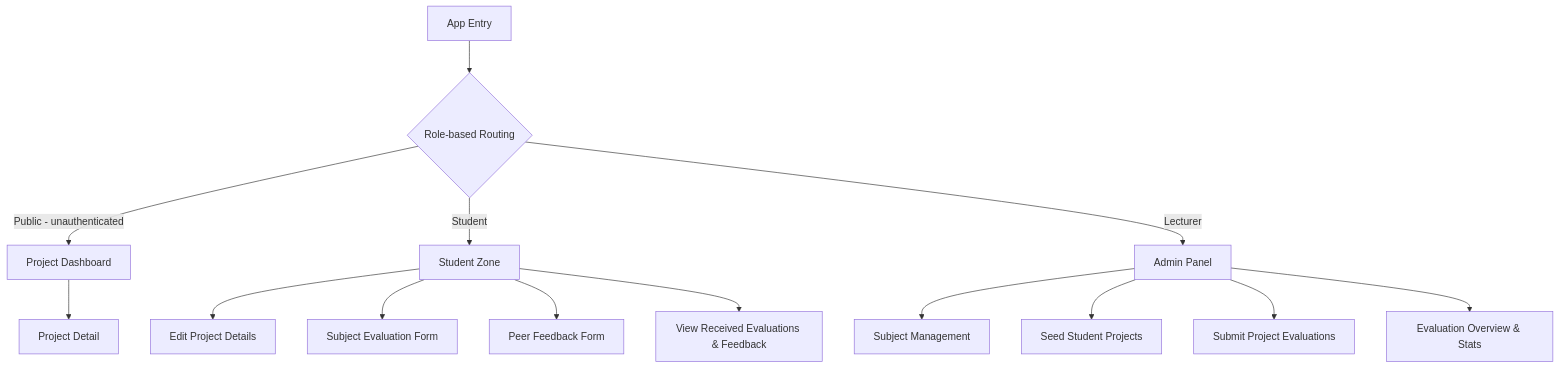
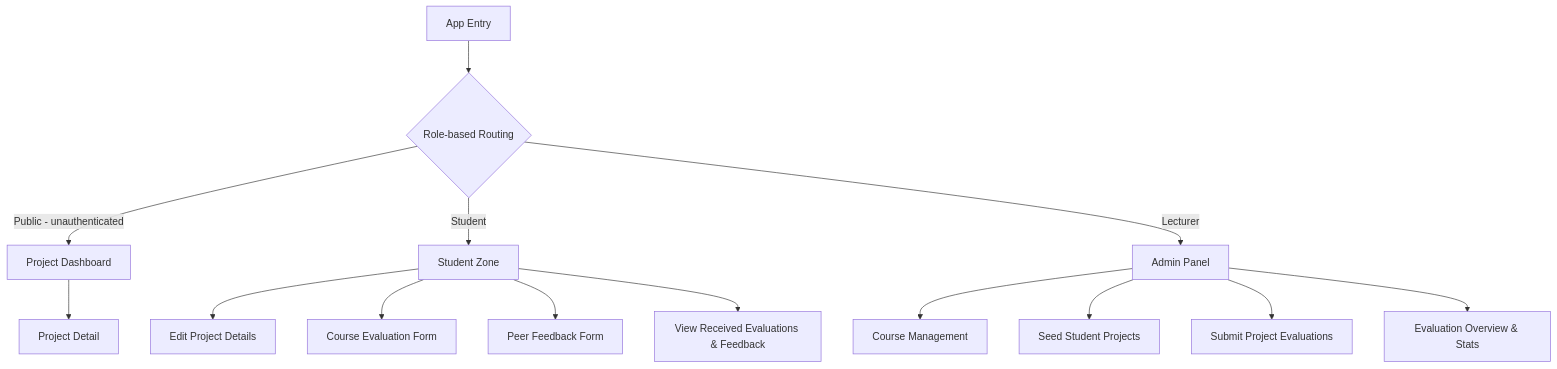
Before and after one commit to ljezek/tul-psi: the diagram in docs/SPECIFICATION.md, drawn with Mermaid. The commit also changed other lines of this file and 2 other files, not shown here.

First line of the commit message:
Address review: use SQLModel, revert Subject to Course naming

````diff
--- a/docs/SPECIFICATION.md
+++ b/docs/SPECIFICATION.md
@@ -43,19 +43,19 @@
 ```mermaid
 graph TD
     Start[App Entry] --> RoleRoute{Role-based Routing}
     RoleRoute -->|Public - unauthenticated| Dashboard[Project Dashboard]
     RoleRoute -->|Student| StudentZone[Student Zone]
     RoleRoute -->|Lecturer| AdminPanel[Admin Panel]
 
     Dashboard --> ProjectDetail[Project Detail]
 
     StudentZone --> ProjectEdit[Edit Project Details]
-    StudentZone --> SubjectEval[Subject Evaluation Form]
+    StudentZone --> CourseEval[Course Evaluation Form]
     StudentZone --> PeerEval[Peer Feedback Form]
     StudentZone --> RecFeedback[View Received Evaluations & Feedback]
 
-    AdminPanel --> SubjectMgmt[Subject Management]
+    AdminPanel --> CourseMgmt[Course Management]
     AdminPanel --> ProjectSeed[Seed Student Projects]
     AdminPanel --> EvalSubmit[Submit Project Evaluations]
     AdminPanel --> EvalOverview[Evaluation Overview & Stats]
 ```
````
